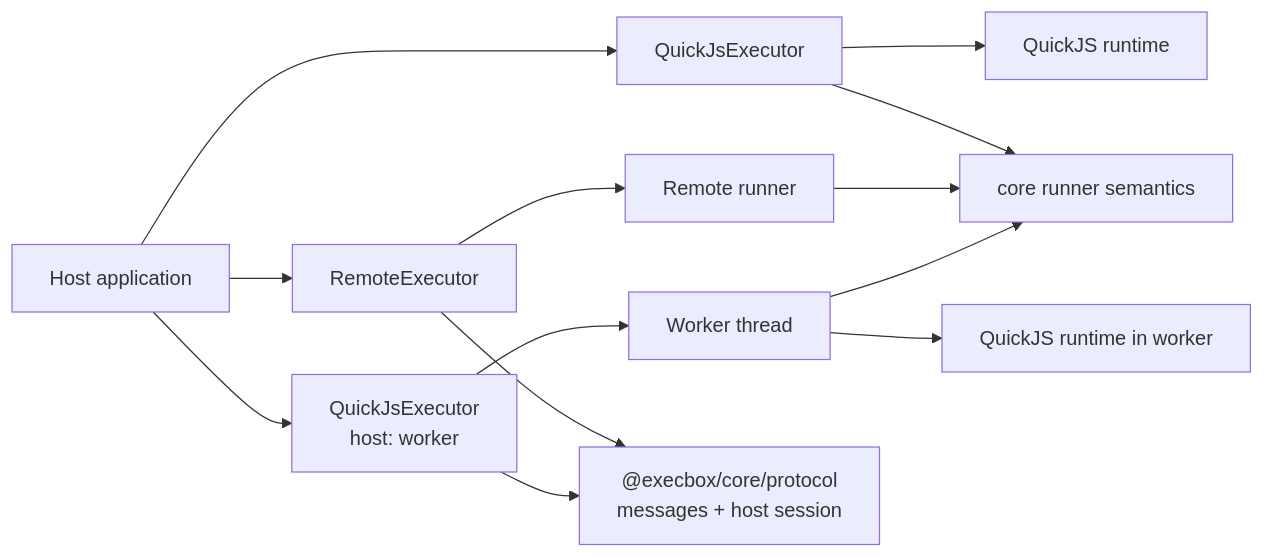
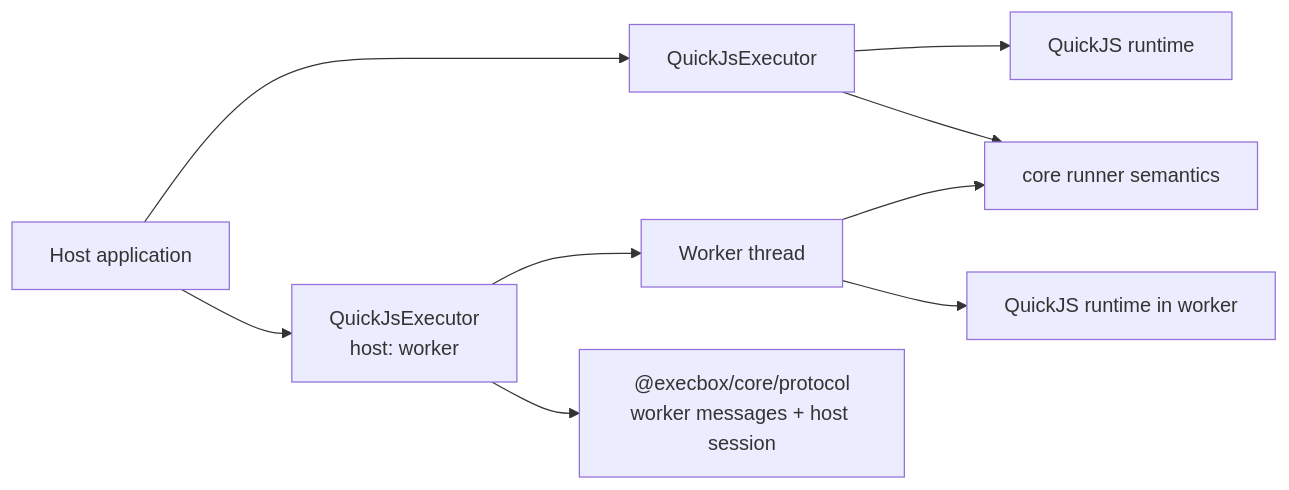
The first of 2 diagrams in docs/src/content/docs/architecture/execbox-executors.md (aallam/execbox), drawn with Mermaid before and after one commit. The commit also changed other lines of this file and 49 other files, not shown here.

````diff
--- a/docs/src/content/docs/architecture/execbox-executors.md
+++ b/docs/src/content/docs/architecture/execbox-executors.md
@@ -16,22 +15,17 @@
 ```mermaid
 flowchart LR
     HOST["Host application"]
     QJS["QuickJsExecutor"]
     QJSRT["QuickJS runtime"]
-    REM["RemoteExecutor"]
-    REMRT["Remote runner"]
     WQJS["QuickJsExecutor\nhost: worker"]
     THREAD["Worker thread"]
     RUNNER["core runner semantics"]
-    PROTO["@execbox/core/protocol<br/>messages + host session"]
+    PROTO["@execbox/core/protocol<br/>worker messages + host session"]
     WQJSRT["QuickJS runtime in worker"]
 
     HOST --> QJS --> QJSRT
-    HOST --> REM --> REMRT
     HOST --> WQJS --> THREAD --> WQJSRT
     QJS --> RUNNER
-    REM --> PROTO
-    REMRT --> RUNNER
     WQJS --> PROTO
     THREAD --> RUNNER
 ```
````
